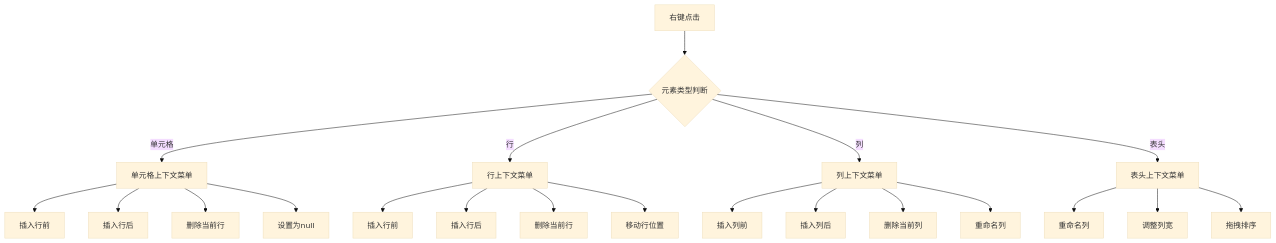
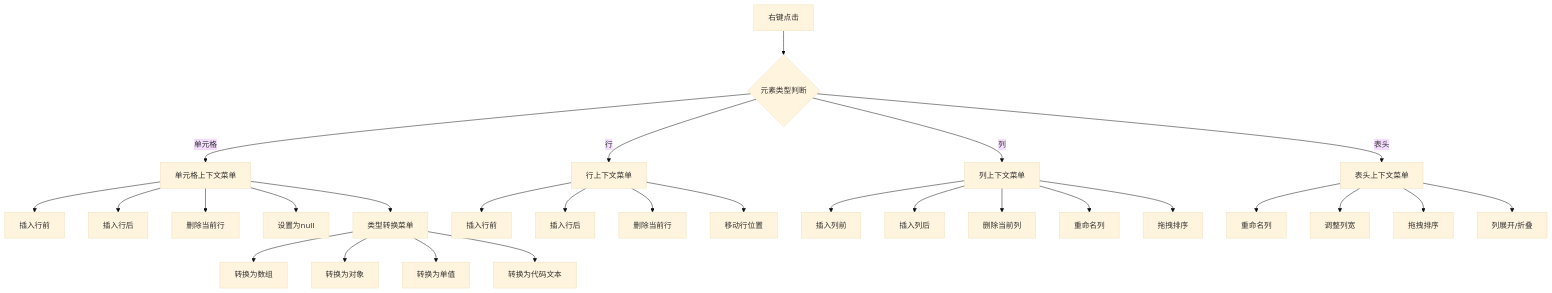
Before and after one commit to meiok1/wysjson: the second of 5 diagrams in .qoder/repowiki/zh/content/Webview 界面系统/用户交互系统.md, drawn with Mermaid (base theme). The commit also changed other lines of this file and 390 other files, not shown here.

````diff
--- a/.qoder/repowiki/zh/content/Webview 界面系统/用户交互系统.md
+++ b/.qoder/repowiki/zh/content/Webview 界面系统/用户交互系统.md
@@ -113,23 +128,30 @@
 ```mermaid
 flowchart TD
 A[右键点击] --> B{元素类型判断}
 B --> |单元格| C[单元格上下文菜单]
 B --> |行| D[行上下文菜单]
 B --> |列| E[列上下文菜单]
 B --> |表头| F[表头上下文菜单]
 C --> C1[插入行前]
 C --> C2[插入行后]
 C --> C3[删除当前行]
 C --> C4[设置为null]
+C --> C5[类型转换菜单]
+C5 --> C5a[转换为数组]
+C5 --> C5b[转换为对象]
+C5 --> C5c[转换为单值]
+C5 --> C5d[转换为代码文本]
 D --> D1[插入行前]
 D --> D2[插入行后]
 D --> D3[删除当前行]
 D --> D4[移动行位置]
 E --> E1[插入列前]
 E --> E2[插入列后]
 E --> E3[删除当前列]
 E --> E4[重命名列]
+E --> E5[拖拽排序]
 F --> F1[重命名列]
 F --> F2[调整列宽]
 F --> F3[拖拽排序]
+F --> F4[列展开/折叠]
 ```
````
